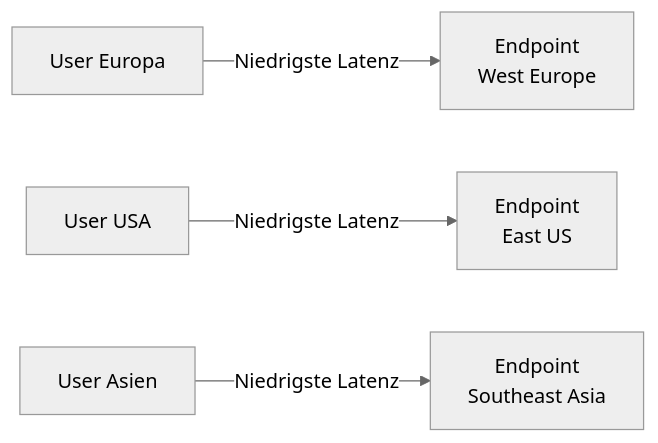
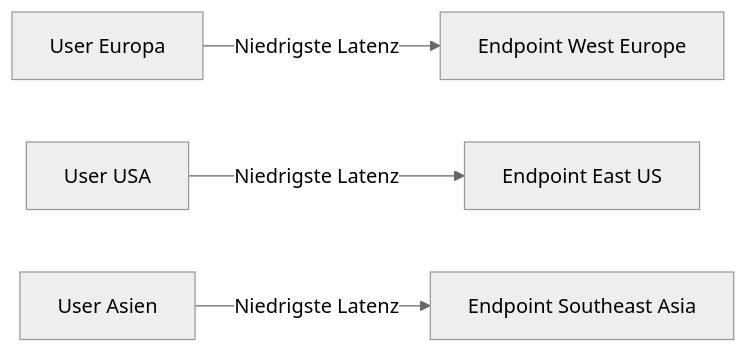
One commit to SoniiiT/notes-n-docs changed the third of 7 diagrams in Microsoft 365/Azure/Netzwerk/Azure Traffic Manager.md. Above: the diagram before and after it, drawn with Mermaid (neutral theme). The commit also changed other lines of this file and 124 other files, not shown here.

First line of the commit message:
fix: Entferne \n aus allen Mermaid-Diagrammen (125 Dateien)

````diff
--- a/Microsoft 365/Azure/Netzwerk/Azure Traffic Manager.md
+++ b/Microsoft 365/Azure/Netzwerk/Azure Traffic Manager.md
@@ -98,6 +98,6 @@
 ```mermaid
 graph LR
-    USER_EU[User Europa] -->|Niedrigste Latenz| WE[Endpoint\nWest Europe]
-    USER_US[User USA] -->|Niedrigste Latenz| EUS[Endpoint\nEast US]
-    USER_AS[User Asien] -->|Niedrigste Latenz| SEA[Endpoint\nSoutheast Asia]
+    USER_EU[User Europa] -->|Niedrigste Latenz| WE[Endpoint West Europe]
+    USER_US[User USA] -->|Niedrigste Latenz| EUS[Endpoint East US]
+    USER_AS[User Asien] -->|Niedrigste Latenz| SEA[Endpoint Southeast Asia]
 ```
````
